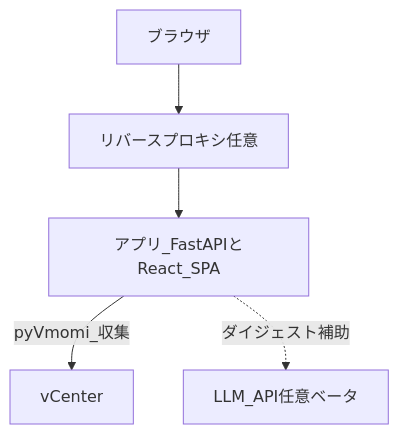
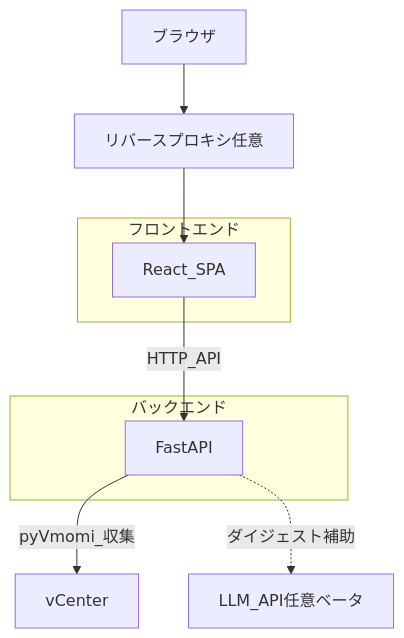
One commit to t-m0riyama/vcenter-event-assistant changed the diagram in README.md. Above: the diagram before and after it, drawn with Mermaid. The commit also changed other lines of this file and 1 other file, not shown here.

Commit message:
docs: アーキテクチャをバックエンドとフロントに分けて記載
docs/architecture.md にバックエンド／フロントの節を追加し、システムコンテキスト図を FE/BE ノードに分割した。データフロー図を subgraph でフロントとバックエンドに分け、説明を API 呼び出しと収集・永続化の二段に整理した。README のアーキテクチャ概要を箇条書きに更新し、同一のシステムコンテキスト図に合わせた。as-built への参照に本書の図を参照する注記を追加した。

Made-with: Cursor

````diff
--- a/README.md
+++ b/README.md
@@ -21,13 +22,19 @@
 ```mermaid
 flowchart TB
   Browser[ブラウザ]
   Proxy[リバースプロキシ任意]
-  App[アプリ_FastAPIとReact_SPA]
+  subgraph fe [フロントエンド]
+    FE[React_SPA]
+  end
+  subgraph be [バックエンド]
+    BE[FastAPI]
+  end
   VC[vCenter]
   LLM[LLM_API任意ベータ]
 
   Browser --> Proxy
-  Proxy --> App
-  App -->|pyVmomi_収集| VC
-  App -.->|ダイジェスト補助| LLM
+  Proxy --> FE
+  FE -->|HTTP_API| BE
+  BE -->|pyVmomi_収集| VC
+  BE -.->|ダイジェスト補助| LLM
 ```
````
